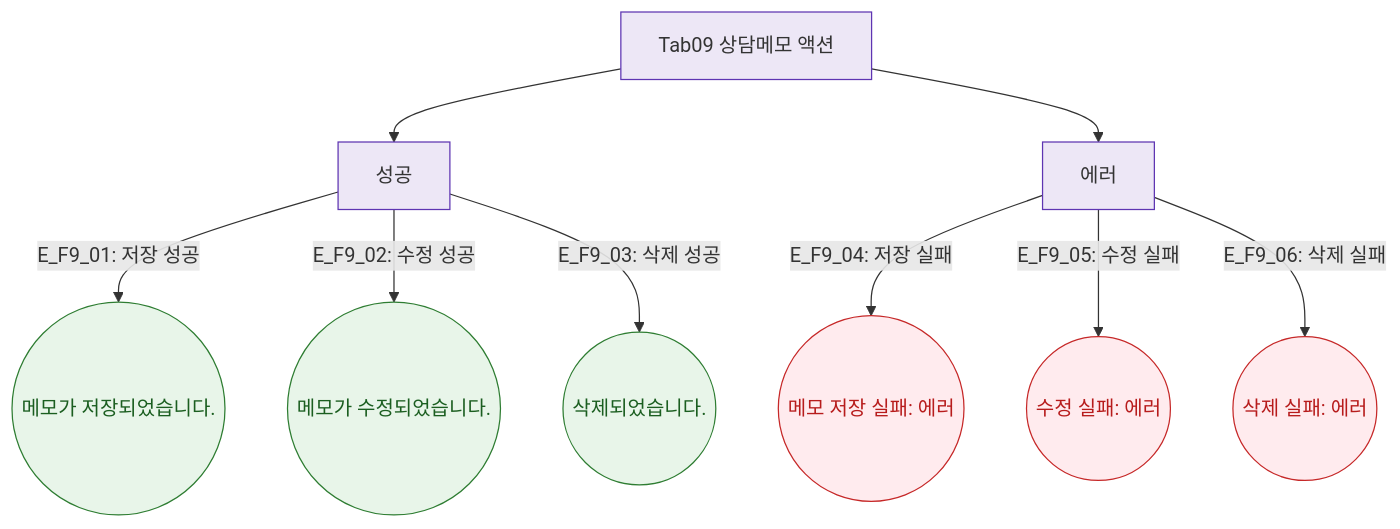
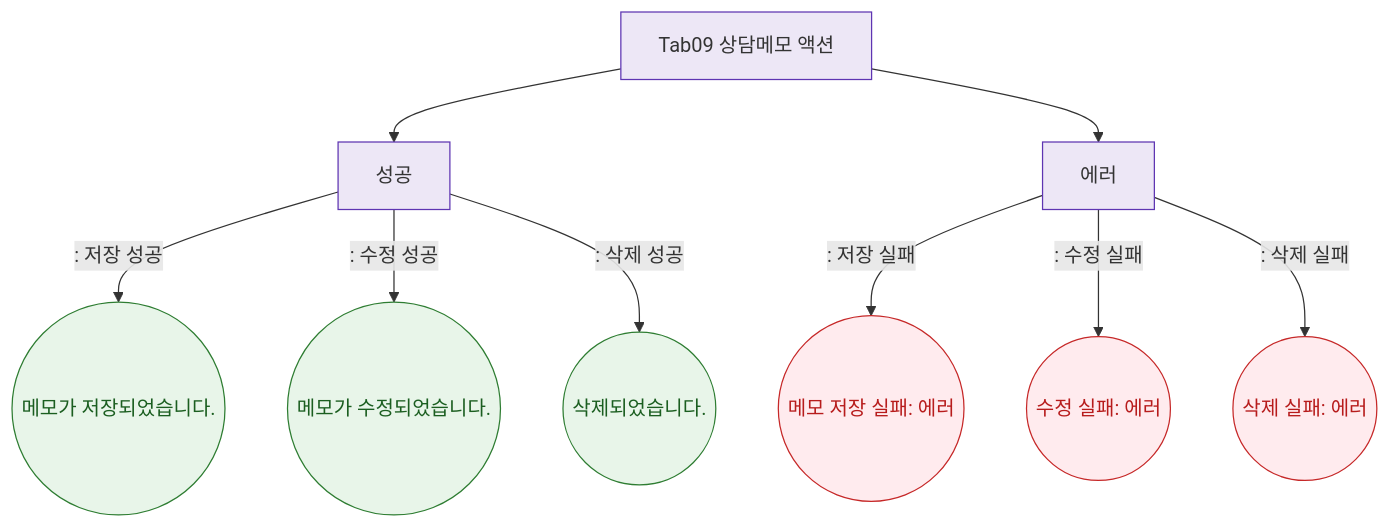
Before and after one commit to dev-spogym/admin-pando: the diagram in docs/다이어그램/D02_회원관리/SCR-M004_회원상세/Tab09_상담메모/F9_토스트.md, drawn with Mermaid. The commit also changed other lines of this file and 1660 other files, not shown here.

First line of the commit message:
다이어그램: 기획자/클라이언트 납품본으로 정리

````diff
--- a/docs/다이어그램/D02_회원관리/SCR-M004_회원상세/Tab09_상담메모/F9_토스트.md
+++ b/docs/다이어그램/D02_회원관리/SCR-M004_회원상세/Tab09_상담메모/F9_토스트.md
@@ -22,19 +20,19 @@
 ```mermaid
 flowchart TD
   ACTIONS[Tab09 상담메모 액션] --> T_OK[성공]
   ACTIONS --> T_ERR[에러]
 
-  T_OK -->|"E_F9_01: 저장 성공"| TS1((메모가 저장되었습니다.))
-  T_OK -->|"E_F9_02: 수정 성공"| TS2((메모가 수정되었습니다.))
-  T_OK -->|"E_F9_03: 삭제 성공"| TS3((삭제되었습니다.))
-  T_ERR -->|"E_F9_04: 저장 실패"| TE1((메모 저장 실패: 에러))
-  T_ERR -->|"E_F9_05: 수정 실패"| TE2((수정 실패: 에러))
-  T_ERR -->|"E_F9_06: 삭제 실패"| TE3((삭제 실패: 에러))
+  T_OK -->|": 저장 성공"|TS1((메모가 저장되었습니다.))
+  T_OK -->|": 수정 성공"|TS2((메모가 수정되었습니다.))
+  T_OK -->|": 삭제 성공"|TS3((삭제되었습니다.))
+  T_ERR -->|": 저장 실패"|TE1((메모 저장 실패: 에러))
+  T_ERR -->|": 수정 실패"|TE2((수정 실패: 에러))
+  T_ERR -->|": 삭제 실패"|TE3((삭제 실패: 에러))
 
   classDef success fill:#E8F5E9,stroke:#2E7D32,color:#1B5E20
   classDef error fill:#FFEBEE,stroke:#C62828,color:#B71C1C
   classDef system fill:#EDE7F6,stroke:#5E35B2
   class TS1,TS2,TS3 success
   class TE1,TE2,TE3 error
   class ACTIONS,T_OK,T_ERR system
 ```
````
